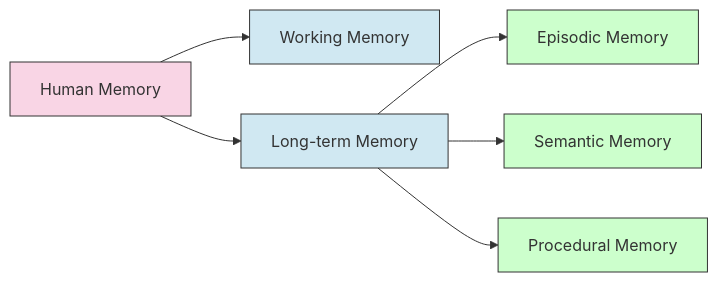
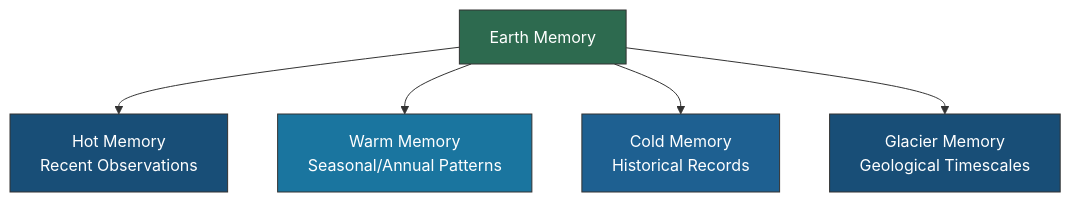
One commit to Vortx-AI/memories-dev changed the diagram in docs/source/introduction/index.rst. Above: the diagram before and after it, drawn with Mermaid. The commit also changed other lines of this file and 65 other files, not shown here.

```diff
--- a/docs/source/introduction/index.rst
+++ b/docs/source/introduction/index.rst
@@ -48,15 +61,13 @@
 .. mermaid::
 
-   graph LR
-       A[Human Memory] --> B[Working Memory]
-       A --> C[Long-term Memory]
-       C --> D[Episodic Memory]
-       C --> E[Semantic Memory]
-       C --> F[Procedural Memory]
+   graph TD
+       A[Earth Memory] --> B[Hot Memory<br>Recent Observations]
+       A --> C[Warm Memory<br>Seasonal/Annual Patterns]
+       A --> D[Cold Memory<br>Historical Records]
+       A --> E[Glacier Memory<br>Geological Timescales]
        
-       style A fill:#f9d5e5,stroke:#333,stroke-width:1px
-       style B fill:#d0e8f2,stroke:#333,stroke-width:1px
-       style C fill:#d0e8f2,stroke:#333,stroke-width:1px
-       style D fill:#ccffcc,stroke:#333,stroke-width:1px
-       style E fill:#ccffcc,stroke:#333,stroke-width:1px
-       style F fill:#ccffcc,stroke:#333,stroke-width:1px
+       style A fill:#2d6a4f,stroke:#333,stroke-width:1px,color:white
+       style B fill:#184e77,stroke:#333,stroke-width:1px,color:white
+       style C fill:#1a759f,stroke:#333,stroke-width:1px,color:white
+       style D fill:#1e6091,stroke:#333,stroke-width:1px,color:white
+       style E fill:#184e77,stroke:#333,stroke-width:1px,color:white
```
